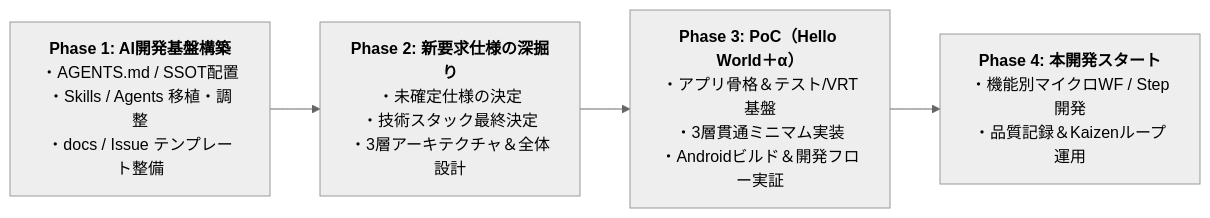
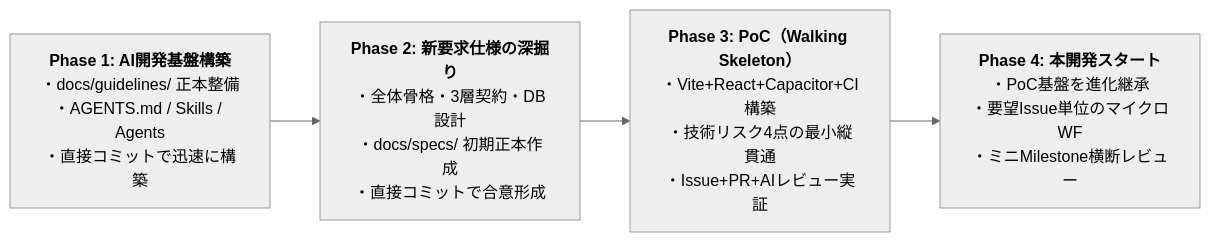
Before and after one commit to high-soar/Yommy: the diagram in reference/Web小説リーダー_開発計画.md, drawn with Mermaid (neutral theme). The commit also changed other lines of this file and 28 other files, not shown here.

````diff
--- a/reference/Web小説リーダー_開発計画.md
+++ b/reference/Web小説リーダー_開発計画.md
@@ -14,9 +14,9 @@
 ```mermaid
 flowchart LR
-    P1["<b>Phase 1: AI開発基盤構築</b><br>・AGENTS.md / SSOT配置<br>・Skills / Agents 移植・調整<br>・docs / Issue テンプレート整備"]
-    P2["<b>Phase 2: 新要求仕様の深掘り</b><br>・未確定仕様の決定<br>・技術スタック最終決定<br>・3層アーキテクチャ＆全体設計"]
-    P3["<b>Phase 3: PoC（Hello World＋α）</b><br>・アプリ骨格＆テスト/VRT基盤<br>・3層貫通ミニマム実装<br>・Androidビルド＆開発フロー実証"]
-    P4["<b>Phase 4: 本開発スタート</b><br>・機能別マイクロWF / Step開発<br>・品質記録＆Kaizenループ運用"]
+    P1["<b>Phase 1: AI開発基盤構築</b><br>・docs/guidelines/ 正本整備<br>・AGENTS.md / Skills / Agents<br>・直接コミットで迅速に構築"]
+    P2["<b>Phase 2: 新要求仕様の深掘り</b><br>・全体骨格・3層契約・DB設計<br>・docs/specs/ 初期正本作成<br>・直接コミットで合意形成"]
+    P3["<b>Phase 3: PoC（Walking Skeleton）</b><br>・Vite+React+Capacitor+CI構築<br>・技術リスク4点の最小縦貫通<br>・Issue+PR+AIレビュー実証"]
+    P4["<b>Phase 4: 本開発スタート</b><br>・PoC基盤を進化継承<br>・要望Issue単位のマイクロWF<br>・ミニMilestone横断レビュー"]
 
     P1 --> P2 --> P3 --> P4
 ```
````
